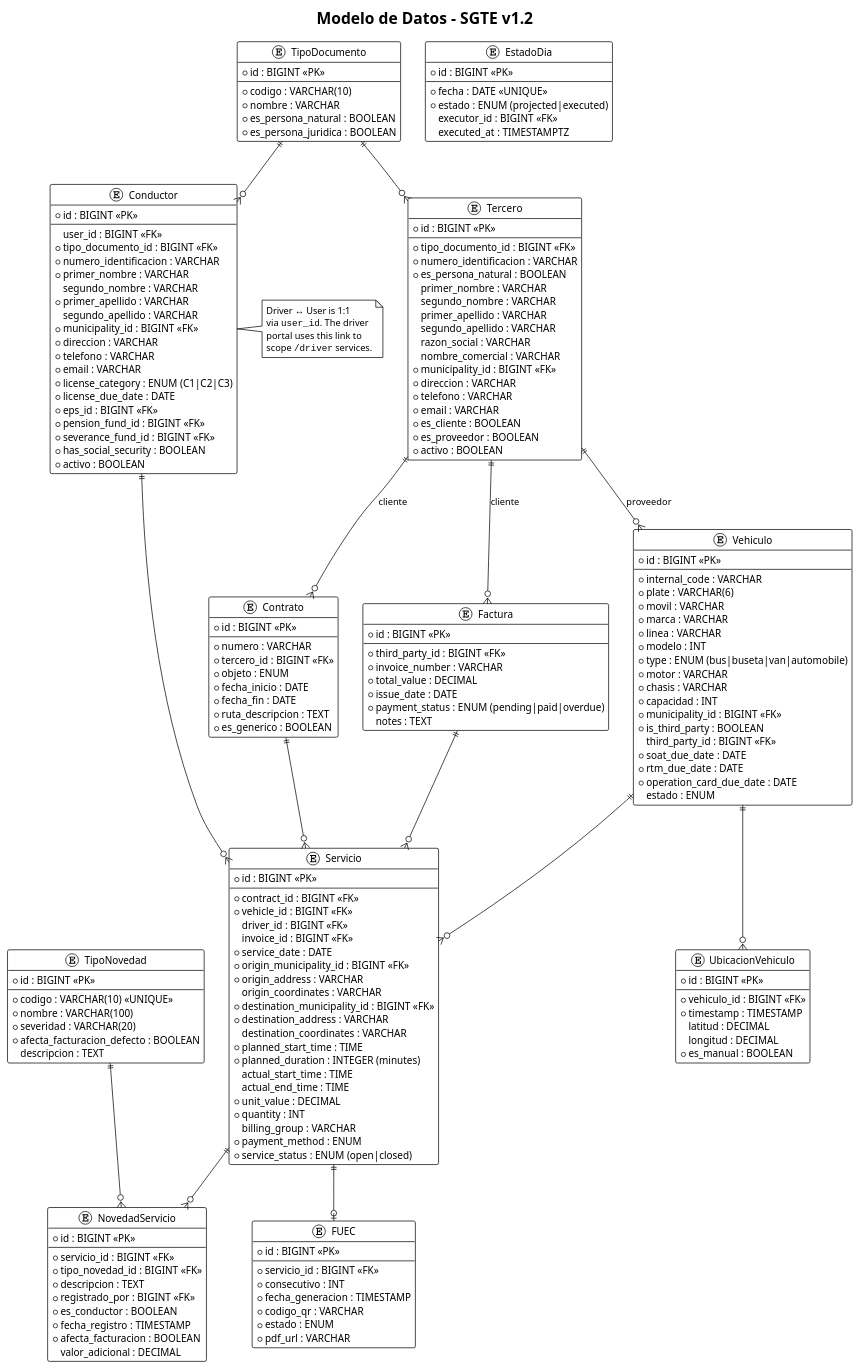
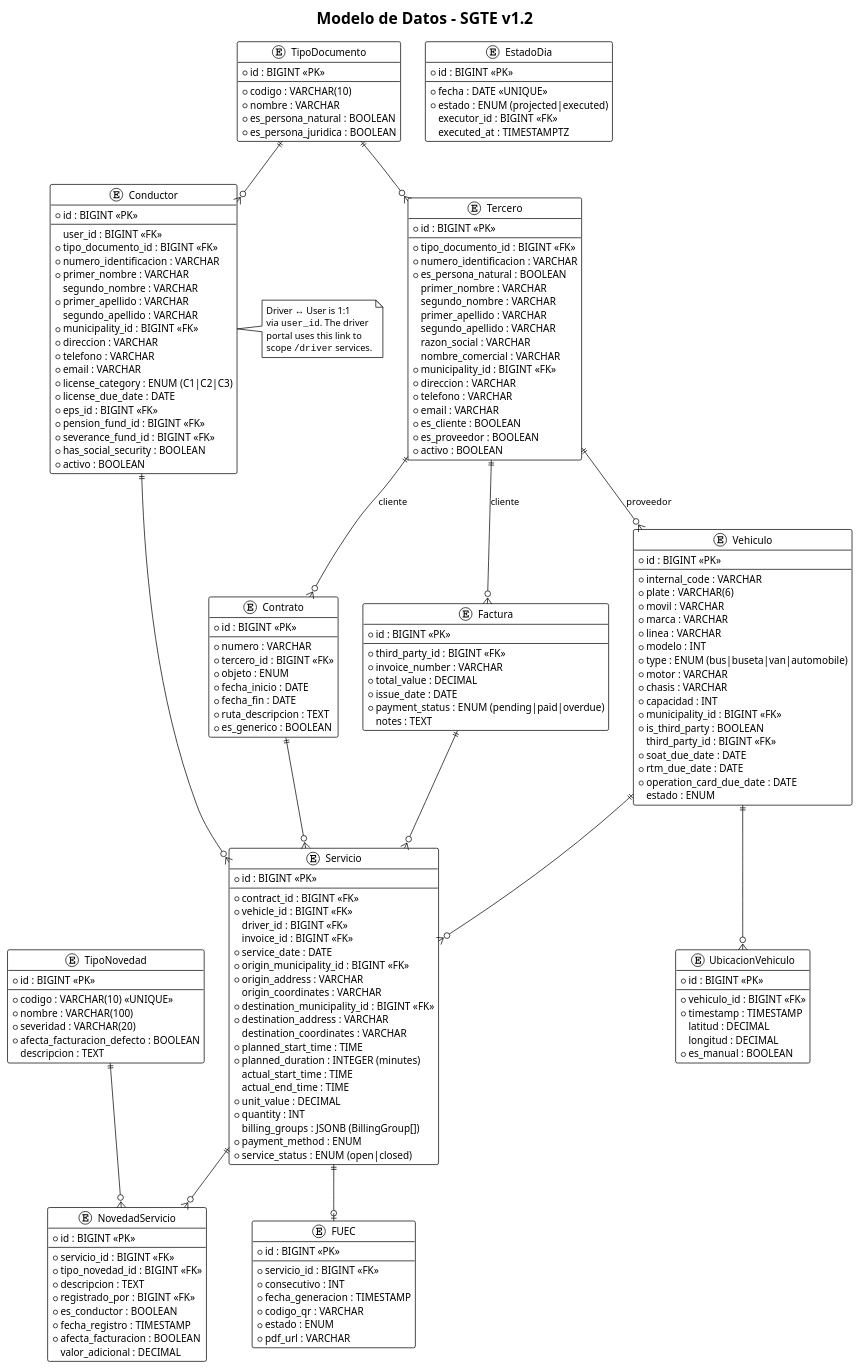
The eighth of 8 diagrams in docs/SRS.md (cristian-home/sgte-app), drawn with PlantUML before and after one commit. The commit also changed 32 other files, not shown here.

```diff
--- a/docs/SRS.md
+++ b/docs/SRS.md
@@ -819,7 +819,7 @@
   actual_end_time : TIME
   * unit_value : DECIMAL
   * quantity : INT
-  billing_group : VARCHAR
+  billing_groups : JSONB (BillingGroup[])
   * payment_method : ENUM
   * service_status : ENUM (open|closed)
 }
```
